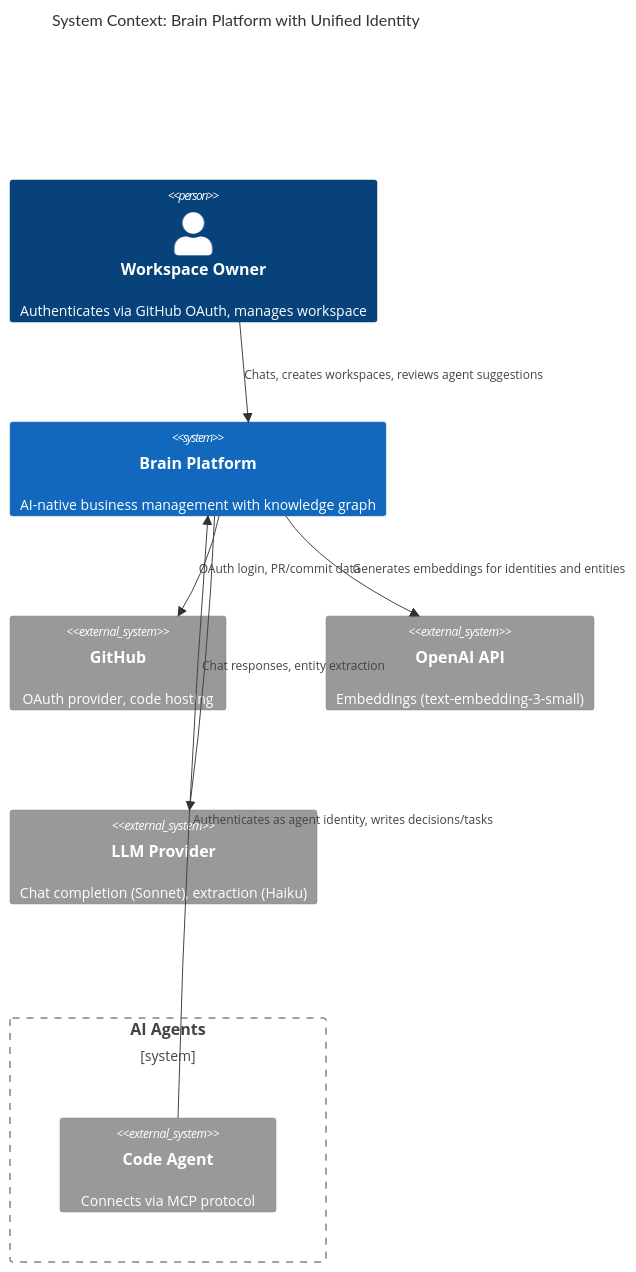
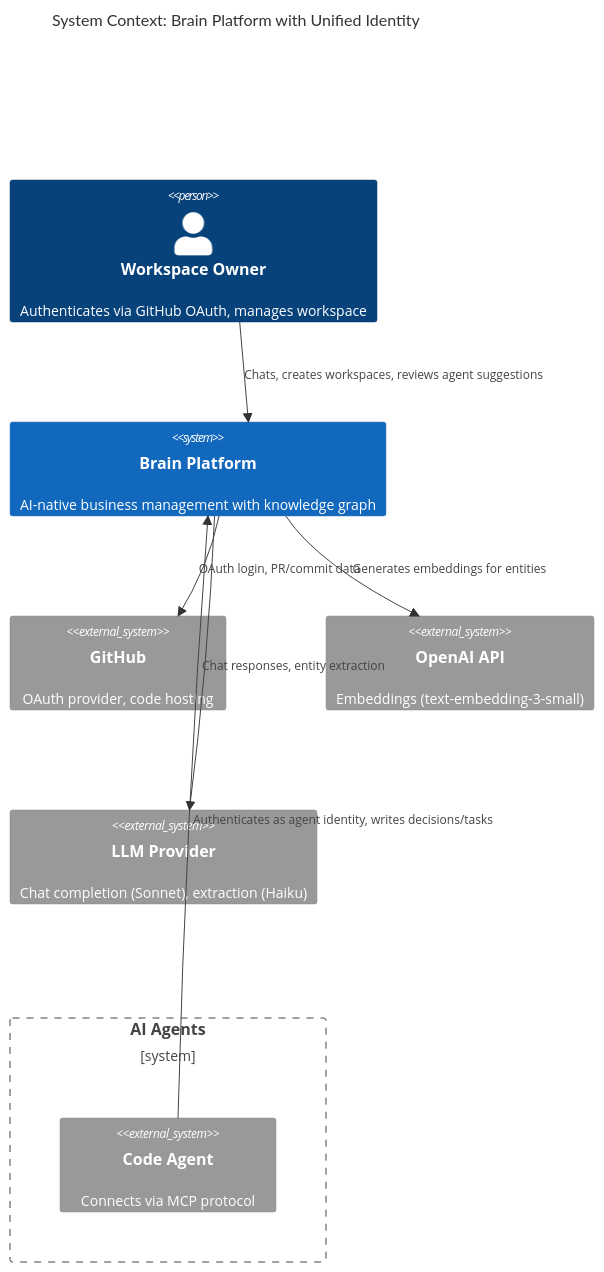
Before and after one commit to marcus-sa/osabio: the first of 3 diagrams in docs/feature/unified-identity/design/architecture-design.md, drawn with Mermaid. The commit also changed other lines of this file and 4 other files, not shown here.

````diff
--- a/docs/feature/unified-identity/design/architecture-design.md
+++ b/docs/feature/unified-identity/design/architecture-design.md
@@ -14,21 +14,21 @@
 ```mermaid
 C4Context
   title System Context: Brain Platform with Unified Identity
 
   Person(marcus, "Workspace Owner", "Authenticates via GitHub OAuth, manages workspace")
   System(brain, "Brain Platform", "AI-native business management with knowledge graph")
 
   System_Ext(github, "GitHub", "OAuth provider, code hosting")
   System_Ext(openai, "OpenAI API", "Embeddings (text-embedding-3-small)")
   System_Ext(llm, "LLM Provider", "Chat completion (Sonnet), extraction (Haiku)")
 
   Boundary(agents, "AI Agents") {
     System_Ext(code_agent, "Code Agent", "Connects via MCP protocol")
   }
 
   Rel(marcus, brain, "Chats, creates workspaces, reviews agent suggestions")
   Rel(code_agent, brain, "Authenticates as agent identity, writes decisions/tasks")
   Rel(brain, github, "OAuth login, PR/commit data")
-  Rel(brain, openai, "Generates embeddings for identities and entities")
+  Rel(brain, openai, "Generates embeddings for entities")
   Rel(brain, llm, "Chat responses, entity extraction")
 ```
````
